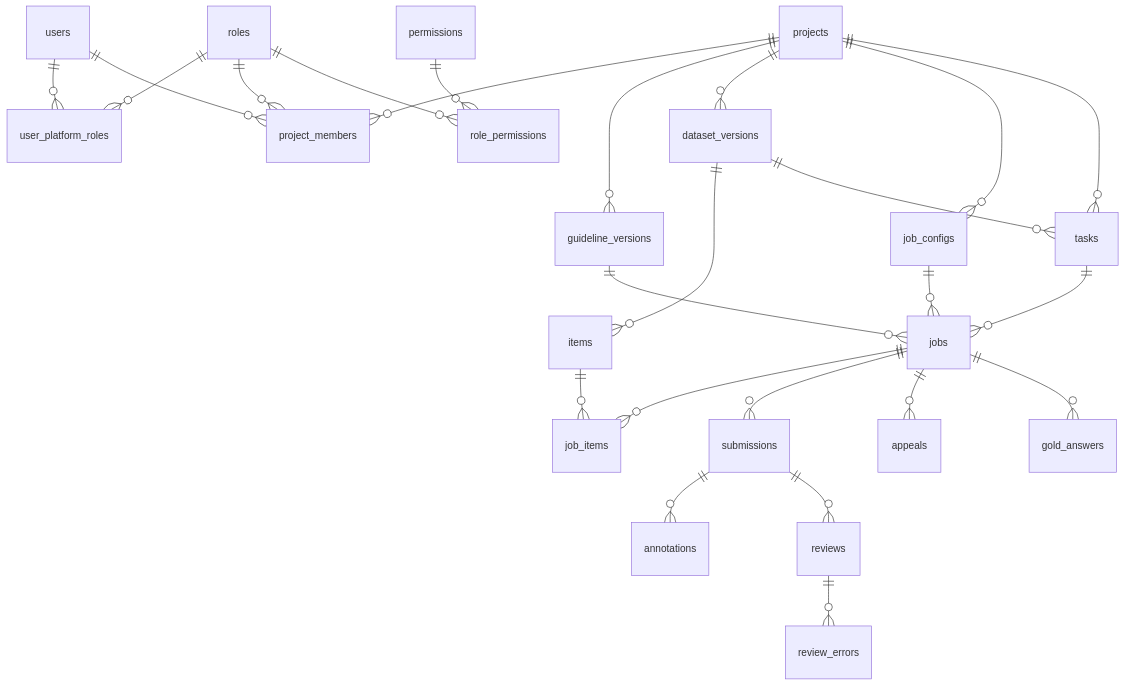
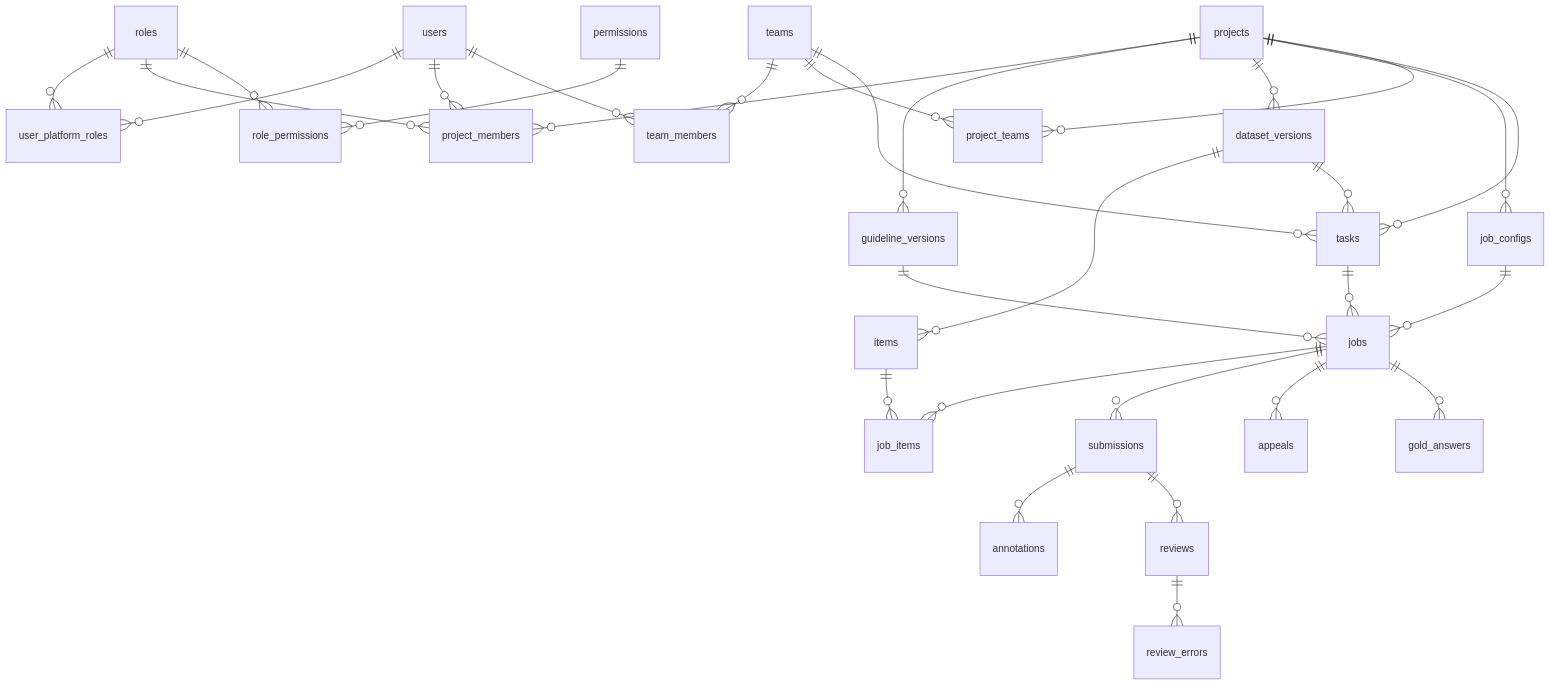
One commit to ducloc24/Annocollector changed diagram 12 of 12 in docs/database_design.md. Above: the diagram before and after it, drawn with Mermaid. The commit also changed other lines of this file and 5 other files, not shown here.

````diff
--- a/docs/database_design.md
+++ b/docs/database_design.md
@@ -713,27 +923,32 @@
 ```mermaid
 erDiagram
     users ||--o{ user_platform_roles : ""
     roles ||--o{ user_platform_roles : ""
     roles ||--o{ project_members : ""
     roles ||--o{ role_permissions : ""
     permissions ||--o{ role_permissions : ""
     users ||--o{ project_members : ""
     projects ||--o{ project_members : ""
     projects ||--o{ guideline_versions : ""
     projects ||--o{ dataset_versions : ""
     projects ||--o{ job_configs : ""
     projects ||--o{ tasks : ""
     dataset_versions ||--o{ items : ""
     dataset_versions ||--o{ tasks : ""
     tasks ||--o{ jobs : ""
     job_configs ||--o{ jobs : ""
     guideline_versions ||--o{ jobs : ""
     jobs ||--o{ job_items : ""
     items ||--o{ job_items : ""
     jobs ||--o{ submissions : ""
     submissions ||--o{ annotations : ""
     submissions ||--o{ reviews : ""
     reviews ||--o{ review_errors : ""
     jobs ||--o{ appeals : ""
     jobs ||--o{ gold_answers : ""
+    teams ||--o{ team_members : ""
+    users ||--o{ team_members : ""
+    teams ||--o{ project_teams : ""
+    projects ||--o{ project_teams : ""
+    teams ||--o{ tasks : ""
 ```
````
